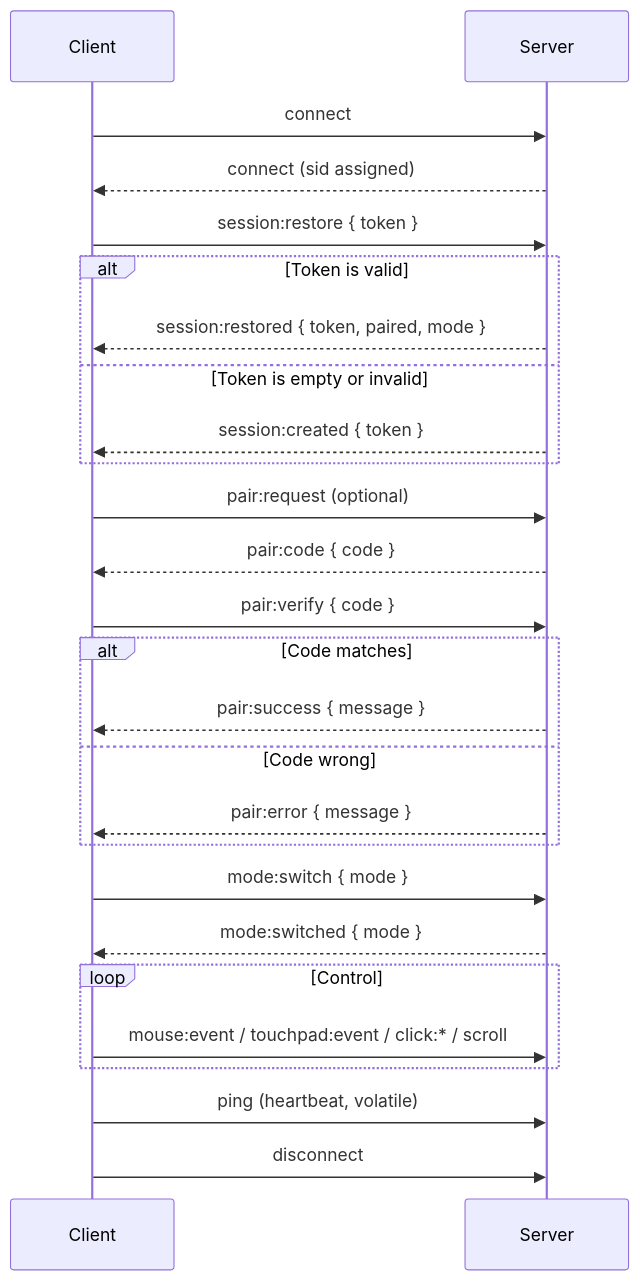
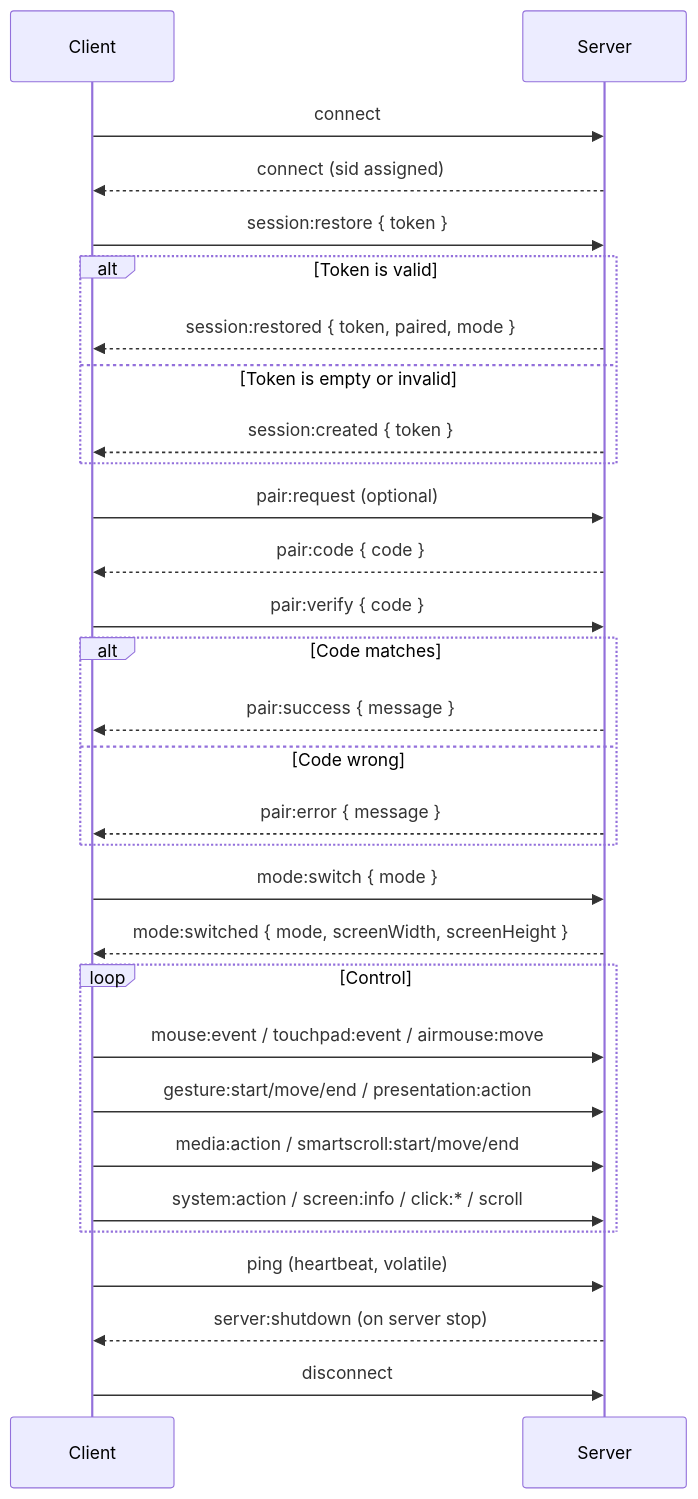
Before and after one commit to learnerforge/Remote_Mouse: the first of 6 diagrams in wiki/03-API-Reference.md, drawn with Mermaid. The commit also changed other lines of this file and 24 other files, not shown here.

````diff
--- a/wiki/03-API-Reference.md
+++ b/wiki/03-API-Reference.md
@@ -13,29 +13,33 @@
 ```mermaid
 sequenceDiagram
     participant Client
     participant Server
 
     Client->>Server: connect
     Server-->>Client: connect (sid assigned)
     Client->>Server: session:restore { token }
     alt Token is valid
         Server-->>Client: session:restored { token, paired, mode }
     else Token is empty or invalid
         Server-->>Client: session:created { token }
     end
     Client->>Server: pair:request (optional)
     Server-->>Client: pair:code { code }
     Client->>Server: pair:verify { code }
     alt Code matches
         Server-->>Client: pair:success { message }
     else Code wrong
         Server-->>Client: pair:error { message }
     end
     Client->>Server: mode:switch { mode }
-    Server-->>Client: mode:switched { mode }
+    Server-->>Client: mode:switched { mode, screenWidth, screenHeight }
     loop Control
-        Client->>Server: mouse:event / touchpad:event / click:* / scroll
+        Client->>Server: mouse:event / touchpad:event / airmouse:move
+        Client->>Server: gesture:start/move/end / presentation:action
+        Client->>Server: media:action / smartscroll:start/move/end
+        Client->>Server: system:action / screen:info / click:* / scroll
     end
     Client->>Server: ping (heartbeat, volatile)
+    Server-->>Client: server:shutdown (on server stop)
     Client->>Server: disconnect
 ```
````
